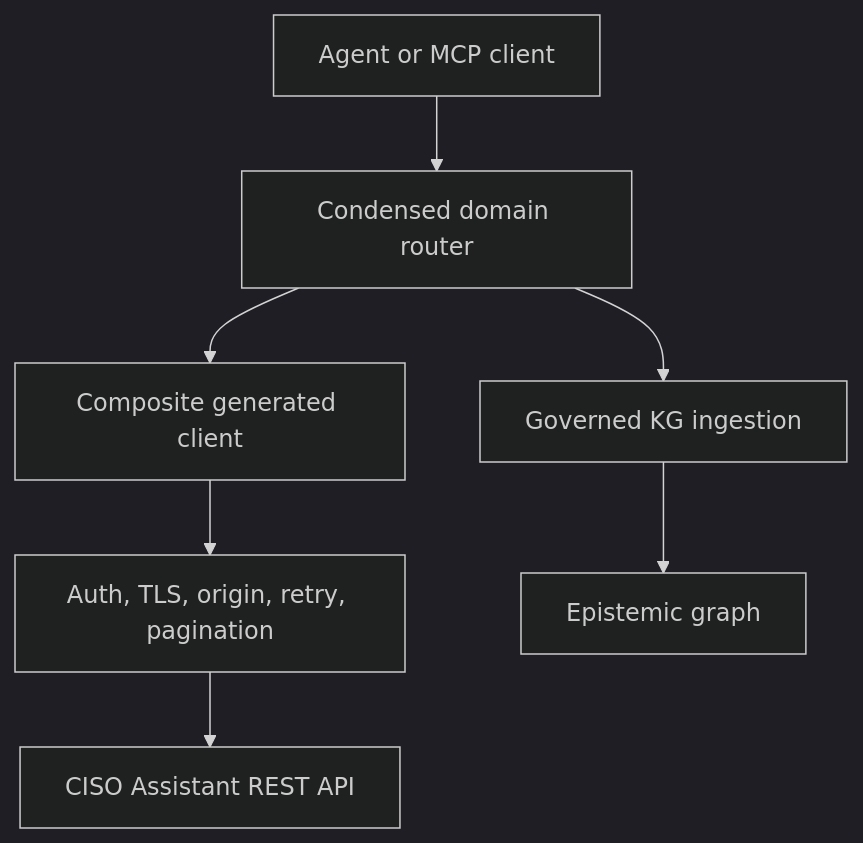
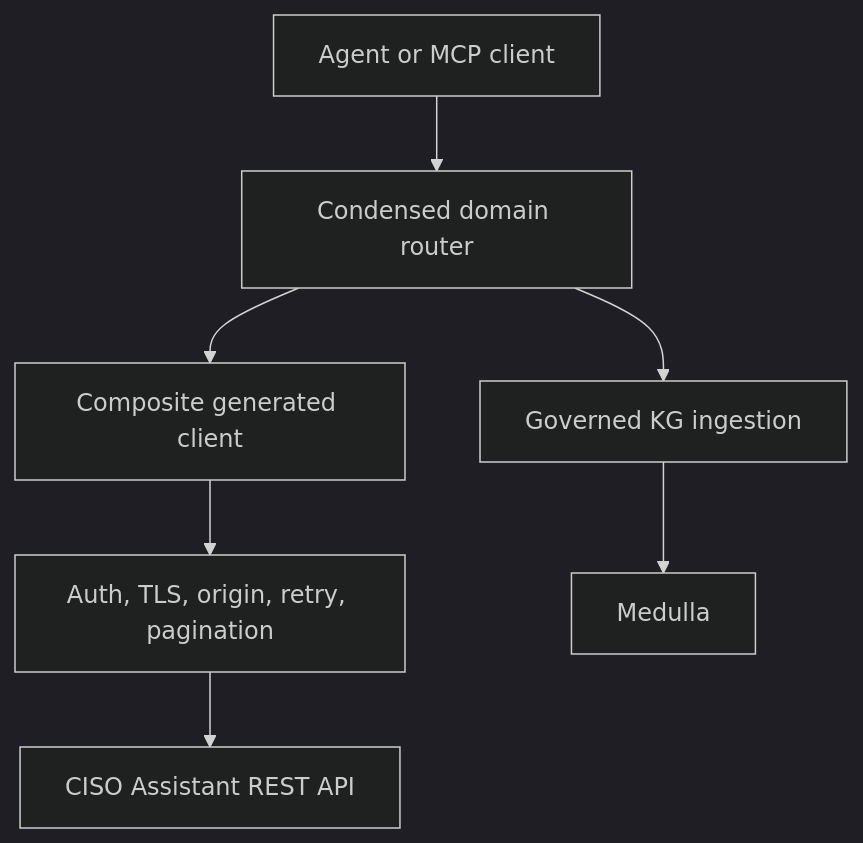
The diagram in docs/overview.md (Knuckles-Team/ciso-assistant-api), drawn with Mermaid (dark theme) before and after one commit. The commit also changed 7 other files, not shown here.

````diff
--- a/docs/overview.md
+++ b/docs/overview.md
@@ -41,9 +41,9 @@
 ```mermaid
 graph TD
     Caller[Agent or MCP client] --> Router[Condensed domain router]
     Router --> Client[Composite generated client]
     Client --> Boundary[Auth, TLS, origin, retry, pagination]
     Boundary --> Service[CISO Assistant REST API]
     Router --> Ingest[Governed KG ingestion]
-    Ingest --> Graph[Epistemic graph]
+    Ingest --> Graph[Medulla]
 ```
````
